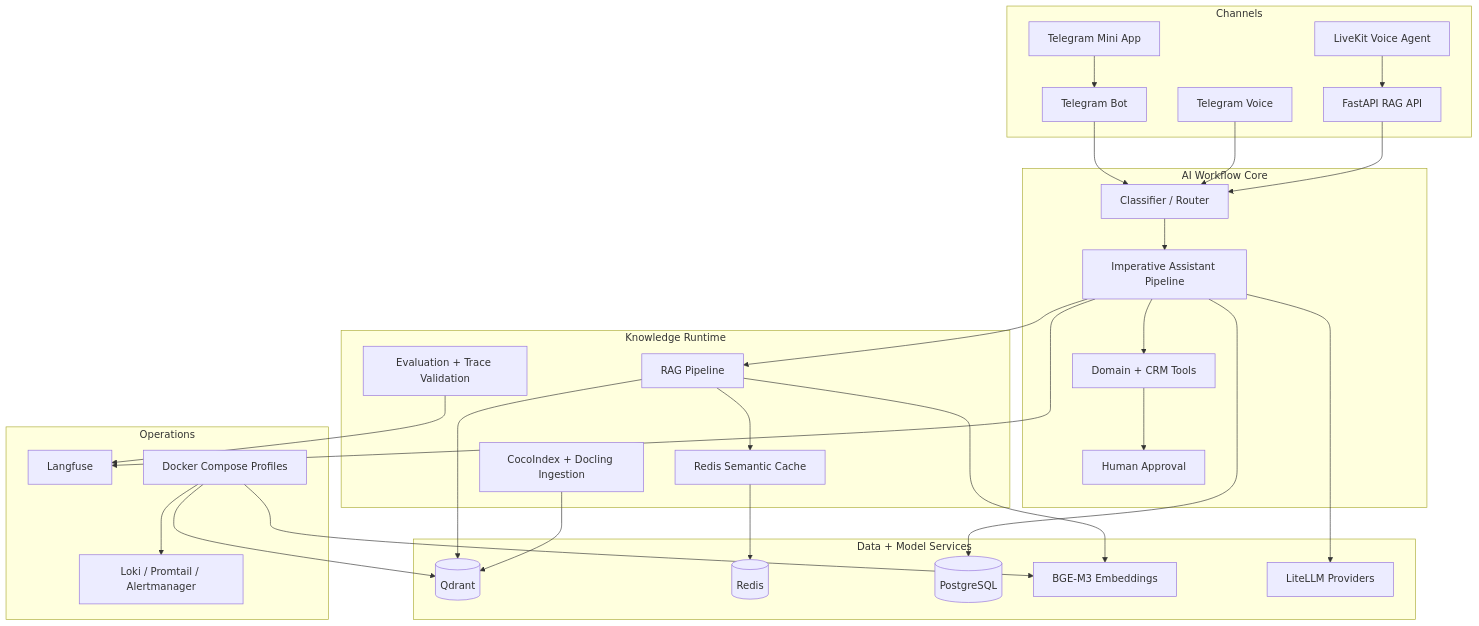
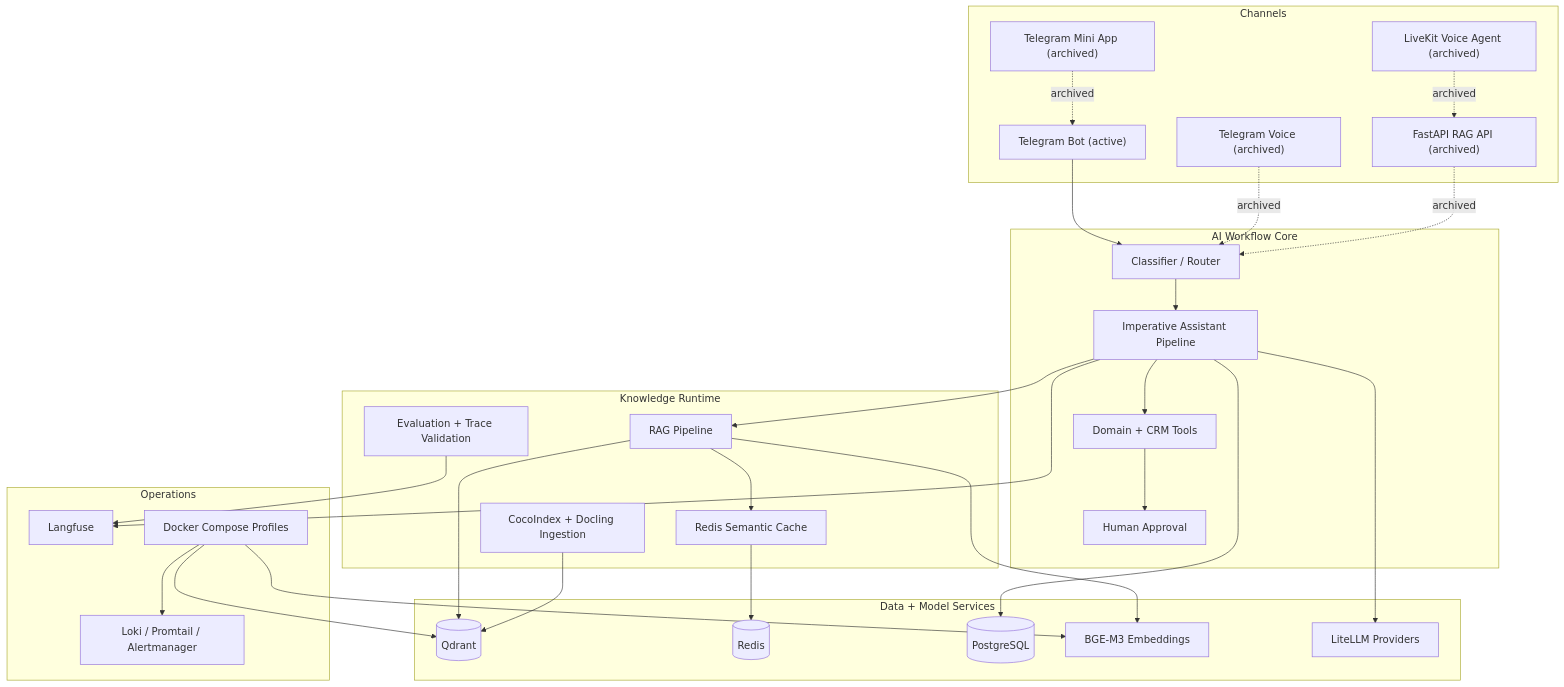
One commit to yastman/rag changed the diagram in README.md. Above: the diagram before and after it, drawn with Mermaid. The commit also changed other lines of this file and 14 other files, not shown here.

Commit message:
AUDIT: docs truthfulness - fix stale src/voice, src/api, user-base surface refs (#2719)

````diff
--- a/README.md
+++ b/README.md
@@ -93,59 +93,60 @@
 ```mermaid
 graph TB
     subgraph "Channels"
-        TG["Telegram Bot"]
-        TV["Telegram Voice"]
-        MA["Telegram Mini App"]
-        VA["LiveKit Voice Agent"]
-        API["FastAPI RAG API"]
+        TG["Telegram Bot (active)"]
+        TV["Telegram Voice (archived)"]
+        MA["Telegram Mini App (archived)"]
+        VA["LiveKit Voice Agent (archived)"]
+        API["FastAPI RAG API (archived)"]
     end
 
     subgraph "AI Workflow Core"
         ROUTER["Classifier / Router"]
         GRAPH["Imperative Assistant Pipeline"]
         HITL["Human Approval"]
         TOOLS["Domain + CRM Tools"]
     end
 
     subgraph "Knowledge Runtime"
         INGEST["CocoIndex + Docling Ingestion"]
         RAG["RAG Pipeline"]
         CACHE["Redis Semantic Cache"]
         EVAL["Evaluation + Trace Validation"]
     end
 
     subgraph "Data + Model Services"
         QD[("Qdrant")]
         RD[("Redis")]
         PG[("PostgreSQL")]
         BGE["BGE-M3 Embeddings"]
         LLM["LiteLLM Providers"]
     end
 
     subgraph "Operations"
         LF["Langfuse"]
         MON["Loki / Promtail / Alertmanager"]
         DOCKER["Docker Compose Profiles"]
     end
 
     TG --> ROUTER
-    TV --> ROUTER
-    MA --> TG
-    VA --> API --> ROUTER
+    TV -.archived.-> ROUTER
+    MA -.archived.-> TG
+    VA -.archived.-> API
+    API -.archived.-> ROUTER
     ROUTER --> GRAPH
     GRAPH --> RAG
     GRAPH --> TOOLS
     TOOLS --> HITL
     RAG --> CACHE
     RAG --> QD
     INGEST --> QD
     CACHE --> RD
     GRAPH --> PG
     RAG --> BGE
     GRAPH --> LLM
     GRAPH --> LF
     EVAL --> LF
     DOCKER --> QD
     DOCKER --> BGE
     DOCKER --> MON
 ```
````
